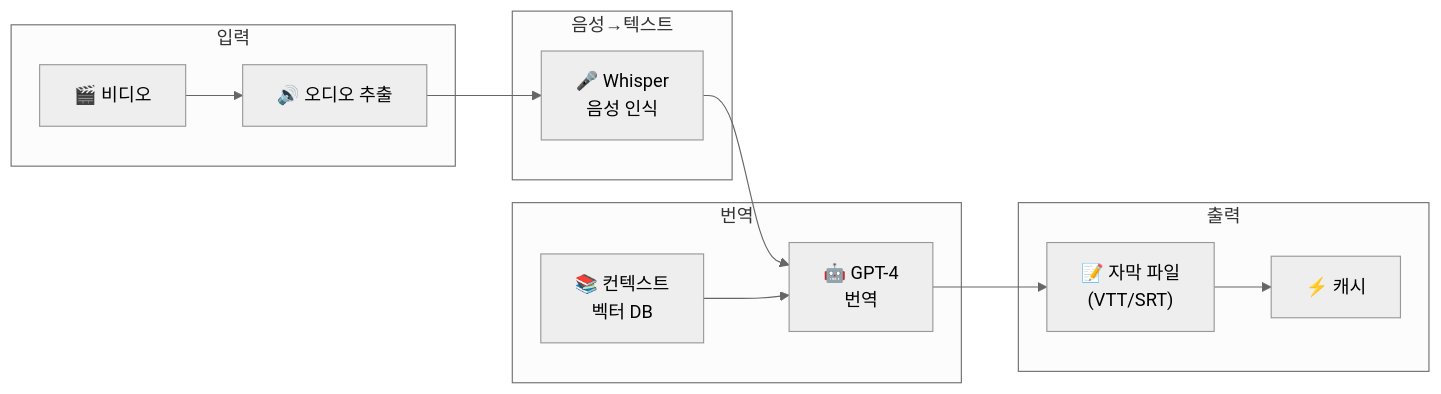
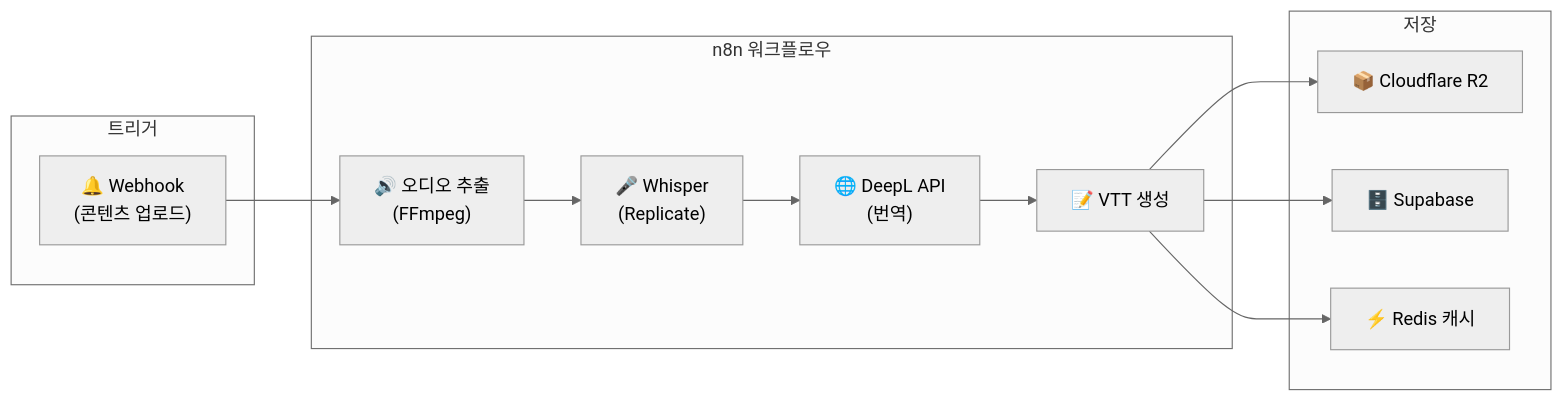
Before and after one commit to Prometheus-P/OndaCoreana: the seventh of 9 diagrams in docs/specs/ARCHITECTURE.md, drawn with Mermaid (neutral theme). The commit also changed other lines of this file and 3 other files, not shown here.

````diff
--- a/docs/specs/ARCHITECTURE.md
+++ b/docs/specs/ARCHITECTURE.md
@@ -574,28 +550,27 @@
 ```mermaid
 graph LR
-    subgraph Input["입력"]
-        Video["🎬 비디오"]
-        Audio["🔊 오디오 추출"]
+    subgraph Trigger["트리거"]
+        Webhook["🔔 Webhook<br/>(콘텐츠 업로드)"]
     end
 
-    subgraph STT["음성→텍스트"]
-        Whisper["🎤 Whisper<br/>음성 인식"]
+    subgraph n8n["n8n 워크플로우"]
+        Extract["🔊 오디오 추출<br/>(FFmpeg)"]
+        Whisper["🎤 Whisper<br/>(Replicate)"]
+        DeepL["🌐 DeepL API<br/>(번역)"]
+        Format["📝 VTT 생성"]
     end
 
-    subgraph Translation["번역"]
-        GPT4["🤖 GPT-4<br/>번역"]
-        Context["📚 컨텍스트<br/>벡터 DB"]
+    subgraph Storage["저장"]
+        R2["📦 Cloudflare R2"]
+        DB["🗄️ Supabase"]
+        Cache["⚡ Redis 캐시"]
     end
 
-    subgraph Output["출력"]
-        Subtitle["📝 자막 파일<br/>(VTT/SRT)"]
-        Cache["⚡ 캐시"]
-    end
-
-    Video --> Audio
-    Audio --> Whisper
-    Whisper --> GPT4
-    Context --> GPT4
-    GPT4 --> Subtitle
-    Subtitle --> Cache
+    Webhook --> Extract
+    Extract --> Whisper
+    Whisper --> DeepL
+    DeepL --> Format
+    Format --> R2
+    Format --> DB
+    Format --> Cache
 ```
````
